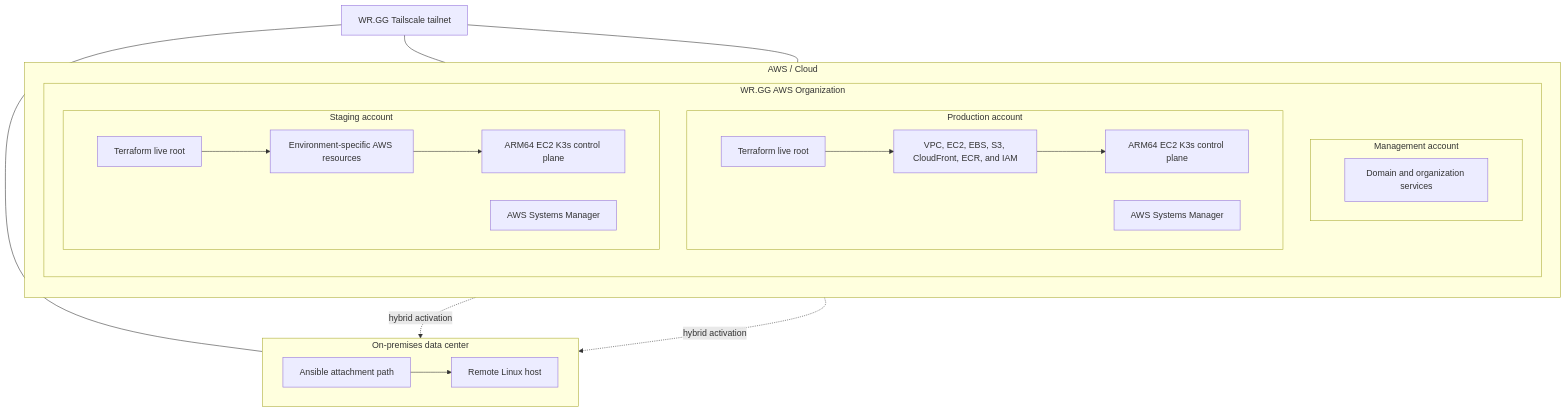
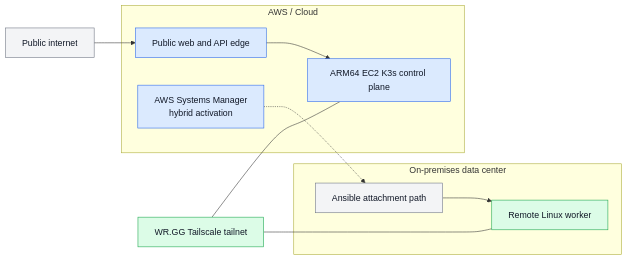
One commit to winrates-gg/wrgg-public-documentation changed the third of 3 diagrams in docs/infrastructure.md. Above: the diagram before and after it, drawn with Mermaid. The commit also changed other lines of this file and 4 other files, not shown here.

````diff
--- a/docs/infrastructure.md
+++ b/docs/infrastructure.md
@@ -13,47 +85,36 @@
 ```mermaid
-flowchart TB
+flowchart LR
+    Internet["Public internet"]
+    PublicEdge["Public web and API edge"]
+    ControlPlane["ARM64 EC2 K3s control plane"]
+    SSM["AWS Systems Manager\nhybrid activation"]
+    Ansible["Ansible attachment path"]
+    Tailscale["WR.GG Tailscale tailnet"]
+    Worker["Remote Linux worker"]
+
     subgraph AWS["AWS / Cloud"]
-        direction TB
-        subgraph Organization["WR.GG AWS Organization"]
-            direction TB
-            subgraph Management["Management account"]
-                direction LR
-                ManagementServices["Domain and organization services"]
-            end
-
-            subgraph Production["Production account"]
-                direction LR
-                ProductionTerraform["Terraform live root"]
-                ProductionResources["VPC, EC2, EBS, S3, CloudFront, ECR, and IAM"]
-                ProductionControl["ARM64 EC2 K3s control plane"]
-                ProductionSSM["AWS Systems Manager"]
-                ProductionTerraform --> ProductionResources
-                ProductionResources --> ProductionControl
-            end
-
-            subgraph Staging["Staging account"]
-                direction LR
-                StagingTerraform["Terraform live root"]
-                StagingResources["Environment-specific AWS resources"]
-                StagingControl["ARM64 EC2 K3s control plane"]
-                StagingSSM["AWS Systems Manager"]
-                StagingTerraform --> StagingResources
-                StagingResources --> StagingControl
-            end
-        end
+        PublicEdge
+        ControlPlane
+        SSM
     end
 
     subgraph OnPrem["On-premises data center"]
-        direction LR
-        Ansible["Ansible attachment path"]
-        RemoteHost["Remote Linux host"]
-        Ansible --> RemoteHost
+        Ansible
+        Worker
     end
 
-    Tailscale["WR.GG Tailscale tailnet"]
-    ProductionSSM -. hybrid activation .-> Ansible
-    StagingSSM -. hybrid activation .-> Ansible
-    Tailscale --- ProductionControl
-    Tailscale --- StagingControl
-    Tailscale --- RemoteHost
+    Internet --> PublicEdge
+    PublicEdge --> ControlPlane
+    SSM -.-> Ansible
+    Ansible --> Worker
+    Tailscale --- ControlPlane
+    Tailscale --- Worker
+
+    classDef neutral fill:#f3f4f6,stroke:#6b7280,color:#111827
+    classDef aws fill:#dbeafe,stroke:#2563eb,color:#111827
+    classDef runtime fill:#dcfce7,stroke:#16a34a,color:#111827
+
+    class Internet,Ansible neutral
+    class PublicEdge,ControlPlane,SSM aws
+    class Tailscale,Worker runtime
 ```
````
